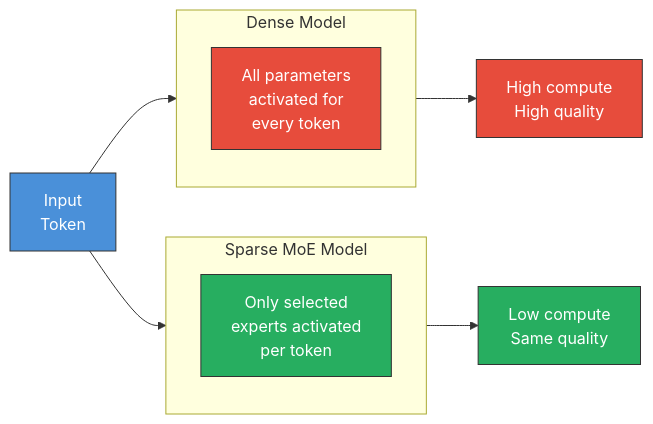
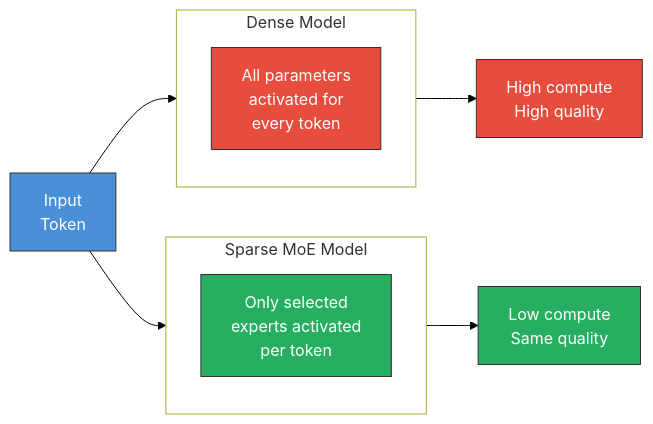
The first of 8 diagrams in posts/llm/Training-LLMs-with-Mixture-of-Experts.qmd (tanquangduong/tanquangduong.github.io), drawn with Mermaid before and after one commit. The commit also changed other lines of this file and 204 other files, not shown here.

````diff
--- a/posts/llm/Training-LLMs-with-Mixture-of-Experts.qmd
+++ b/posts/llm/Training-LLMs-with-Mixture-of-Experts.qmd
@@ -43,23 +43,26 @@
 ```{mermaid}
 graph LR
+    linkStyle default stroke:#000,color:#000
     subgraph Dense["Dense Model"]
         direction TB
         D1["All parameters<br/>activated for<br/>every token"]
     end
 
     subgraph Sparse["Sparse MoE Model"]
         direction TB
         S1["Only selected<br/>experts activated<br/>per token"]
     end
 
     A["Input<br/>Token"] --> Dense
     A --> Sparse
     Dense --> D2["High compute<br/>High quality"]
     Sparse --> S2["Low compute<br/>Same quality"]
 
     style D1 fill:#e74c3c,color:#fff,stroke:#333
     style S1 fill:#27ae60,color:#fff,stroke:#333
     style D2 fill:#e74c3c,color:#fff,stroke:#333
     style S2 fill:#27ae60,color:#fff,stroke:#333
     style A fill:#4a90d9,color:#fff,stroke:#333
+    style Dense fill:#fff
+    style Sparse fill:#fff
 ```
````
